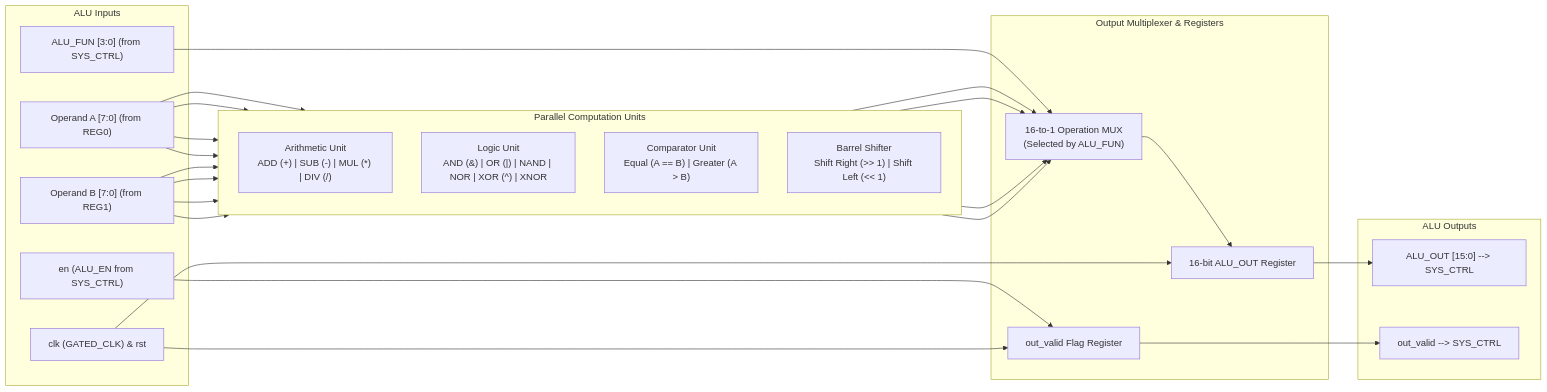
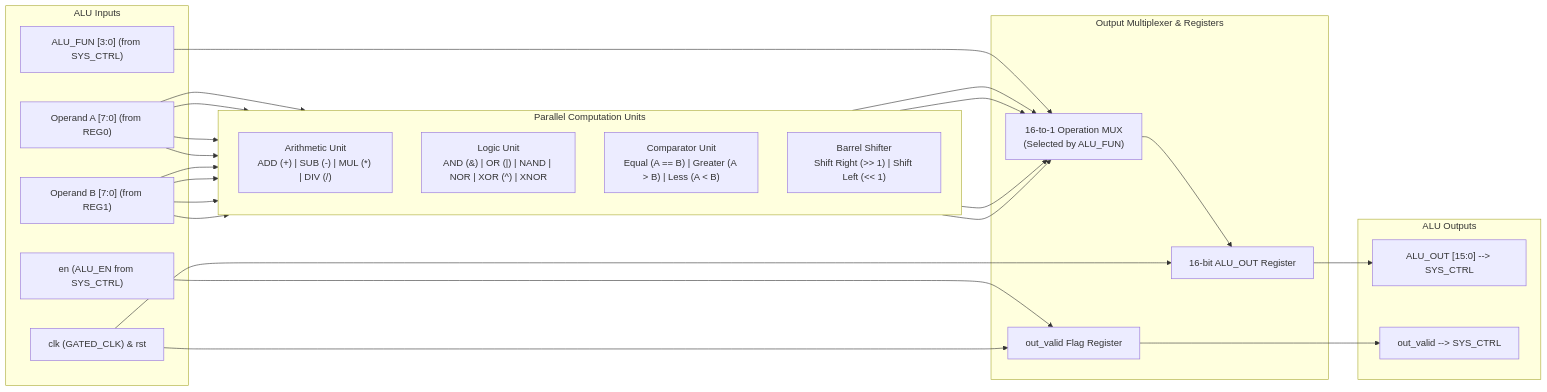
One commit to ahmedbadwy77/Low-Power-Multi-Clock-Digital-Communication-System changed the fifth of 15 diagrams in README.md. Above: the diagram before and after it, drawn with Mermaid. The commit also changed other lines of this file, not shown here.

````diff
--- a/README.md
+++ b/README.md
@@ -320,38 +337,38 @@
 ```mermaid
 flowchart LR
     subgraph Inputs["ALU Inputs"]
         A["Operand A [7:0] (from REG0)"]
         B["Operand B [7:0] (from REG1)"]
         ALU_FUN["ALU_FUN [3:0] (from SYS_CTRL)"]
         en["en (ALU_EN from SYS_CTRL)"]
         clk_rst["clk (GATED_CLK) & rst"]
     end
 
     subgraph Computation_Blocks["Parallel Computation Units"]
         direction TB
         ARITH["Arithmetic Unit<br/>ADD (+) | SUB (-) | MUL (*) | DIV (/)"]
         LOGIC["Logic Unit<br/>AND (&) | OR (|) | NAND | NOR | XOR (^) | XNOR"]
-        CMP["Comparator Unit<br/>Equal (A == B) | Greater (A > B)"]
+        CMP["Comparator Unit<br/>Equal (A == B) | Greater (A > B) | Less (A < B)"]
         SHIFT["Barrel Shifter<br/>Shift Right (>> 1) | Shift Left (<< 1)"]
     end
 
     subgraph Output_Stage["Output Multiplexer & Registers"]
         MUX["16-to-1 Operation MUX<br/>(Selected by ALU_FUN)"]
         OUT_REG["16-bit ALU_OUT Register"]
         VAL_REG["out_valid Flag Register"]
     end
 
     subgraph Outputs["ALU Outputs"]
         ALU_OUT["ALU_OUT [15:0] --> SYS_CTRL"]
         out_valid["out_valid --> SYS_CTRL"]
     end
 
     A & B --> ARITH & LOGIC & CMP & SHIFT
     ARITH & LOGIC & CMP & SHIFT --> MUX
     ALU_FUN --> MUX
     en --> VAL_REG
     MUX --> OUT_REG
     clk_rst --> OUT_REG & VAL_REG
     OUT_REG --> ALU_OUT
     VAL_REG --> out_valid
 ```
````
